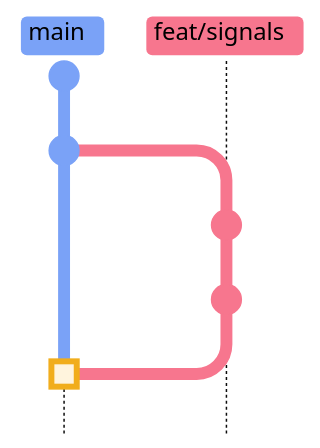
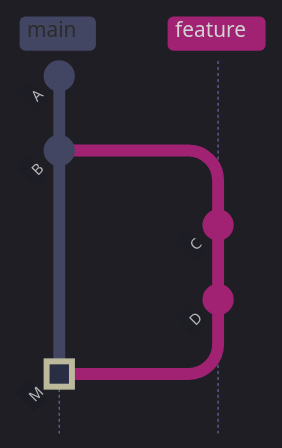
The third of 6 diagrams in content/08-Git/06-pull-requests-and-code-review.md (alp78/elysium), drawn with Mermaid before and after one commit. The commit also changed other lines of this file, not shown here.

````diff
--- a/content/08-Git/06-pull-requests-and-code-review.md
+++ b/content/08-Git/06-pull-requests-and-code-review.md
@@ -173,11 +552,22 @@
 ```mermaid
-%%{init: {'theme': 'base', 'themeVariables': {'git0': '#7aa2f7', 'git1': '#f7768e', 'git2': '#9ece6a', 'git3': '#e0af68', 'git4': '#bb9af7', 'gitBranchLabel0': '#000000', 'gitBranchLabel1': '#000000', 'gitBranchLabel2': '#000000', 'gitBranchLabel3': '#000000', 'commitLabelColor': '#ffffff', 'commitLabelBackground': 'transparent', 'commitLabelFontSize': '14px', 'tagLabelColor': '#000000', 'tagLabelBackground': '#c0caf5'}, 'gitGraph': {'mainBranchName': 'main'}} }%%
+%%{init: {'theme': 'dark', 'themeVariables': {
+  'primaryColor': '#292e42',
+  'primaryTextColor': '#c0caf5',
+  'primaryBorderColor': '#565f89',
+  'lineColor': '#565f89',
+  'secondaryColor': '#1a1b26',
+  'tertiaryColor': '#24283b',
+  'noteTextColor': '#c0caf5',
+  'noteBkgColor': '#292e42',
+  'textColor': '#c0caf5',
+  'fontSize': '14px'
+}, 'gitGraph': {'mainBranchName': 'main'}}}%%
 gitGraph TB:
   commit id: "A"
   commit id: "B"
-  branch feat/signals
+  branch feature
   commit id: "C"
   commit id: "D"
   checkout main
-  merge feat/signals id: "M" type: HIGHLIGHT
+  merge feature id: "M" type: HIGHLIGHT
 ```
````
